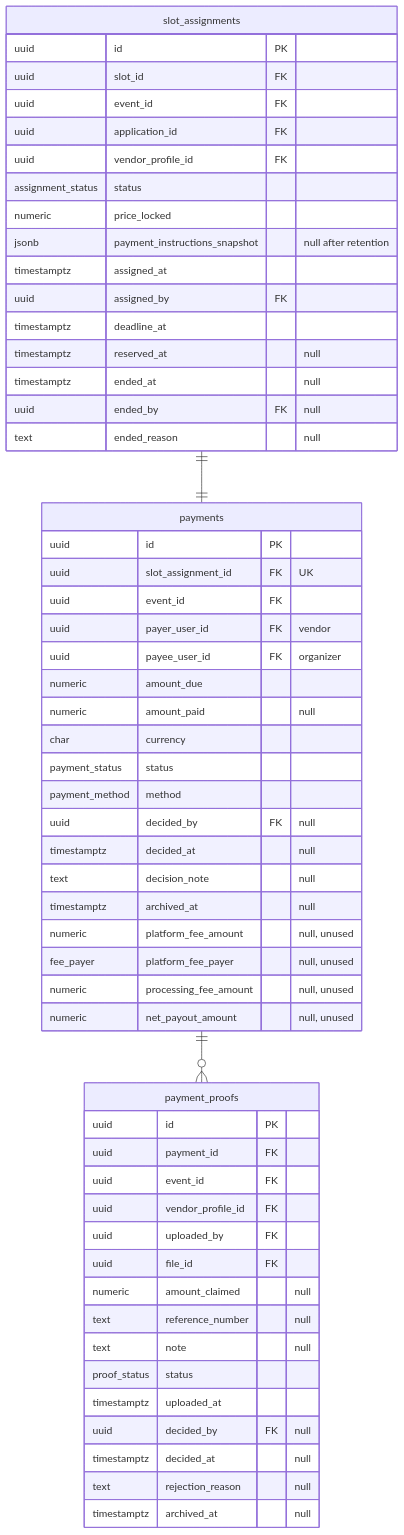
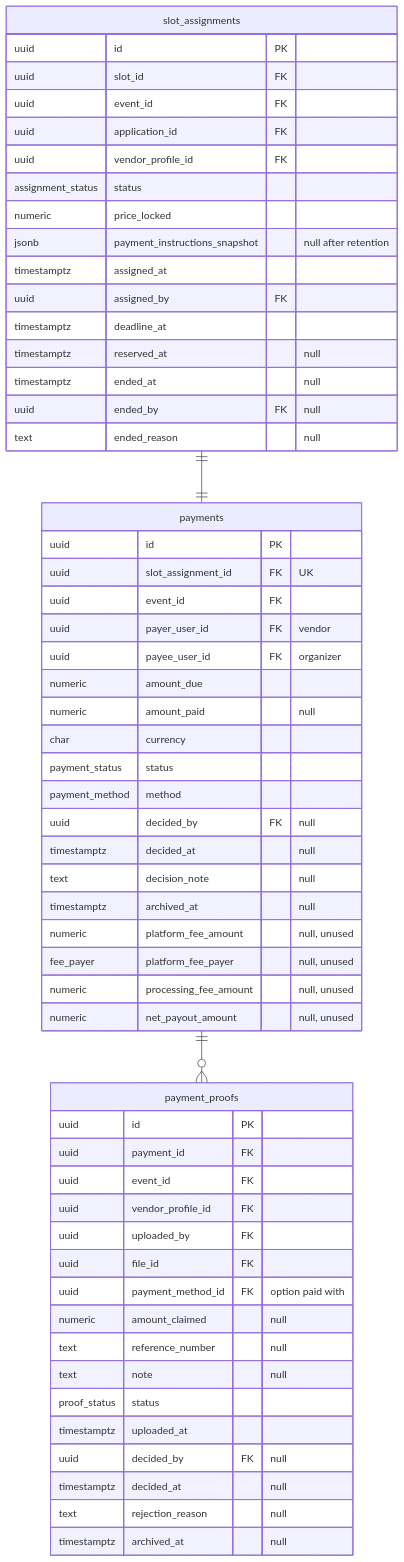
The sixth of 6 diagrams in docs/data-model.md (Aycees/Creavent), drawn with Mermaid before and after one commit. The commit also changed other lines of this file and 4 other files, not shown here.

First line of the commit message:
Add multi-day events and payment option choice to the docs

````diff
--- a/docs/data-model.md
+++ b/docs/data-model.md
@@ -585,59 +585,60 @@
 ```mermaid
 erDiagram
     slot_assignments {
         uuid id PK
         uuid slot_id FK
         uuid event_id FK
         uuid application_id FK
         uuid vendor_profile_id FK
         assignment_status status
         numeric price_locked
         jsonb payment_instructions_snapshot "null after retention"
         timestamptz assigned_at
         uuid assigned_by FK
         timestamptz deadline_at
         timestamptz reserved_at "null"
         timestamptz ended_at "null"
         uuid ended_by FK "null"
         text ended_reason "null"
     }
     payments {
         uuid id PK
         uuid slot_assignment_id FK "UK"
         uuid event_id FK
         uuid payer_user_id FK "vendor"
         uuid payee_user_id FK "organizer"
         numeric amount_due
         numeric amount_paid "null"
         char currency
         payment_status status
         payment_method method
         uuid decided_by FK "null"
         timestamptz decided_at "null"
         text decision_note "null"
         timestamptz archived_at "null"
         numeric platform_fee_amount "null, unused"
         fee_payer platform_fee_payer "null, unused"
         numeric processing_fee_amount "null, unused"
         numeric net_payout_amount "null, unused"
     }
     payment_proofs {
         uuid id PK
         uuid payment_id FK
         uuid event_id FK
         uuid vendor_profile_id FK
         uuid uploaded_by FK
         uuid file_id FK
+        uuid payment_method_id FK "option paid with"
         numeric amount_claimed "null"
         text reference_number "null"
         text note "null"
         proof_status status
         timestamptz uploaded_at
         uuid decided_by FK "null"
         timestamptz decided_at "null"
         text rejection_reason "null"
         timestamptz archived_at "null"
     }
     slot_assignments ||--|| payments : ""
     payments ||--o{ payment_proofs : ""
 ```
````
